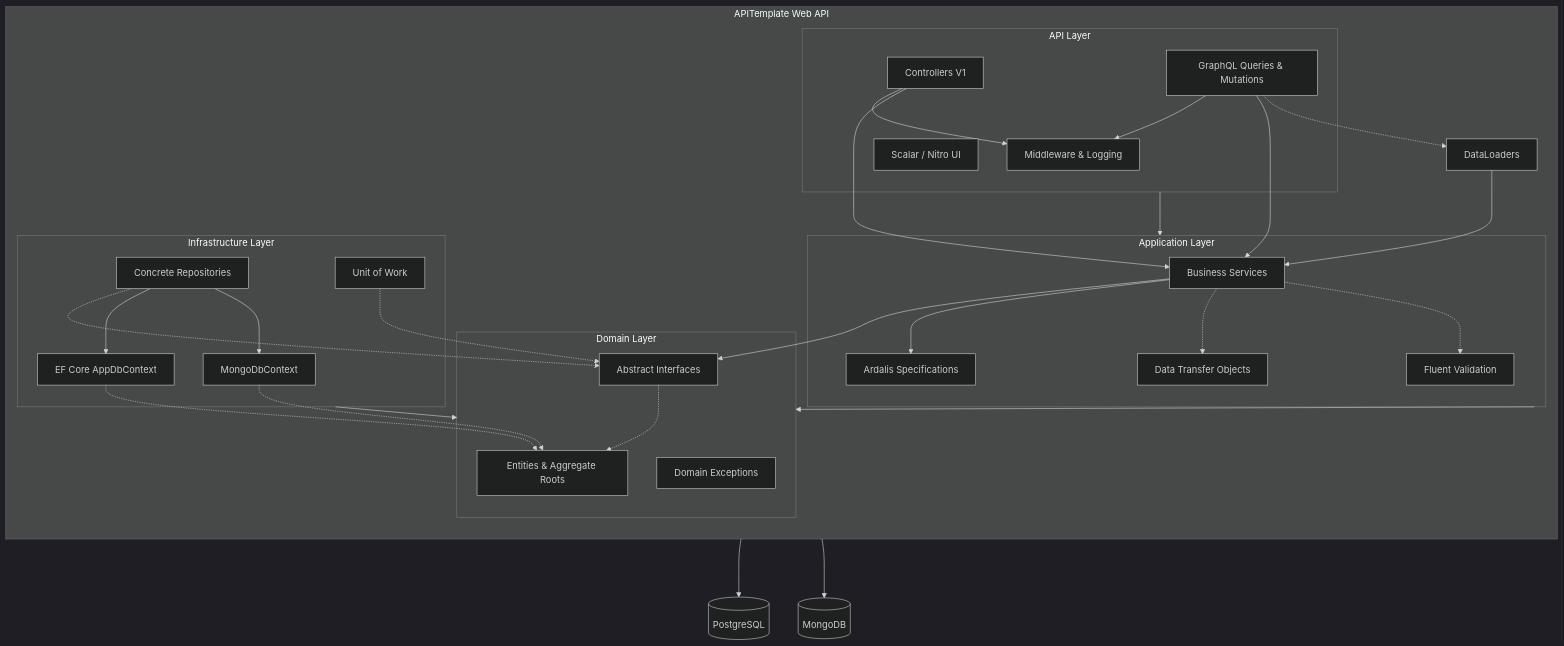
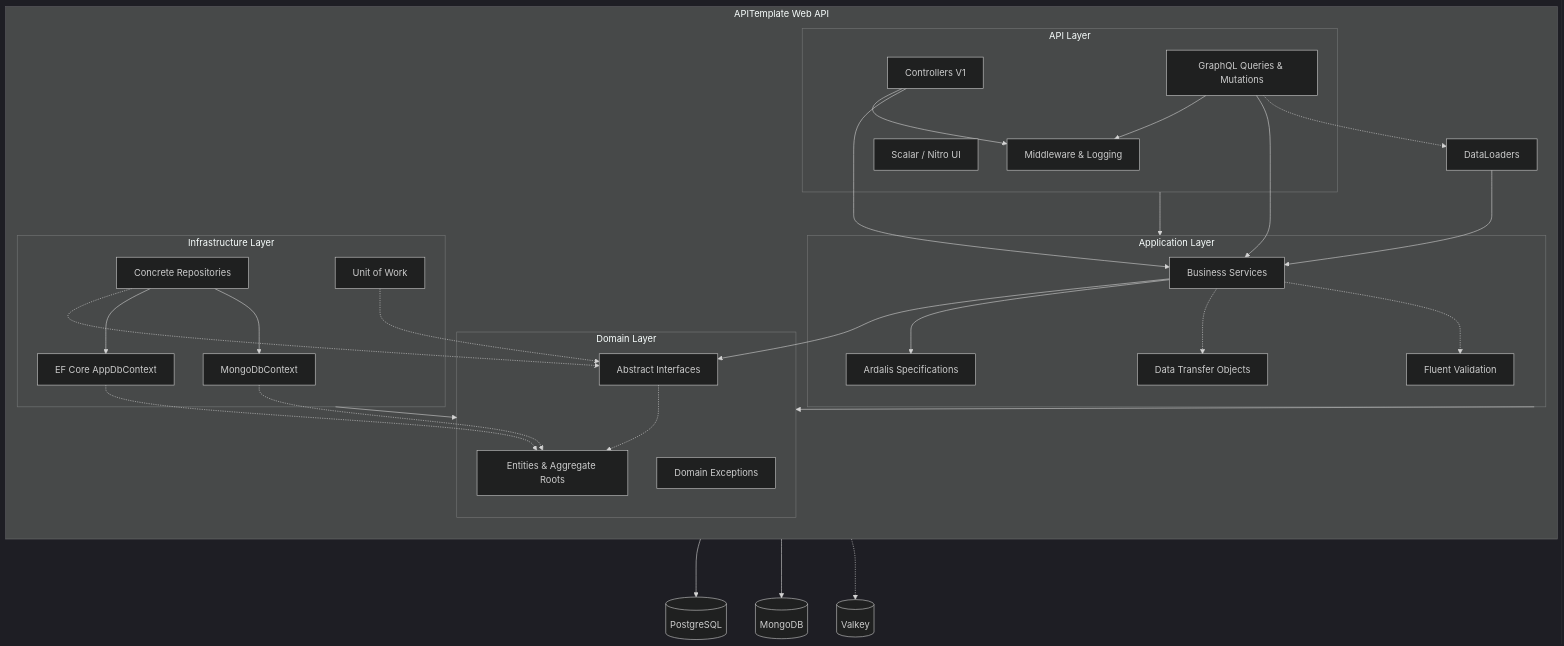
Before and after one commit to zribktad/API-Template: the first of 2 diagrams in README.md, drawn with Mermaid (dark theme). The commit also changed other lines of this file, not shown here.

````diff
--- a/README.md
+++ b/README.md
@@ -51,63 +58,65 @@
 ```mermaid
 graph TD
     subgraph APITemplate [APITemplate Web API]
         direction TB
 
         subgraph PresentationLayer [API Layer]
             REST[Controllers V1]
             GQL[GraphQL Queries & Mutations]
             UI[Scalar / Nitro UI]
             MID[Middleware & Logging]
         end
 
         subgraph ApplicationLayer [Application Layer]
             Services[Business Services]
             DTO[Data Transfer Objects]
             Validators[Fluent Validation]
             Spec[Ardalis Specifications]
         end
 
         subgraph DomainLayer [Domain Layer]
             Entities[Entities & Aggregate Roots]
             Ex[Domain Exceptions]
             Irepo[Abstract Interfaces]
         end
 
         subgraph InfrastructureLayer [Infrastructure Layer]
             Repo[Concrete Repositories]
             UoW[Unit of Work]
             EF[EF Core AppDbContext]
             Mongo[MongoDbContext]
         end
 
         %% Linkages representing Dependencies
         REST --> MID
         GQL --> MID
         REST --> Services
         GQL --> Services
         GQL -.-> DataLoaders[DataLoaders]
         DataLoaders --> Services
 
         Services --> Irepo
         Services --> Spec
         Services -.-> DTO
         Services -.-> Validators
 
         Repo -.-> Irepo
         Repo --> EF
         Repo --> Mongo
         UoW -.-> Irepo
         Irepo -.-> Entities
         EF -.-> Entities
         Mongo -.-> Entities
 
         PresentationLayer --> ApplicationLayer
         ApplicationLayer --> DomainLayer
         InfrastructureLayer --> DomainLayer
     end
 
     DB[(PostgreSQL)]
     MDB[(MongoDB)]
+    VK[(Valkey)]
     EF ---> DB
     Mongo ---> MDB
+    REST -..-> VK
 ```
````
